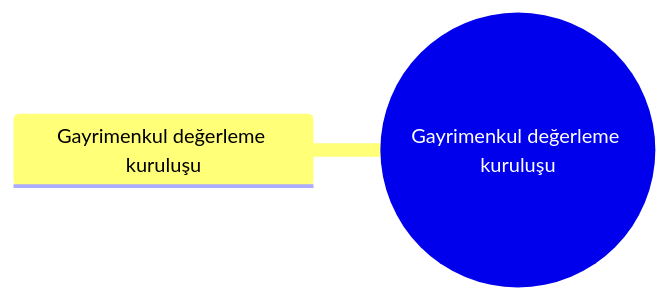
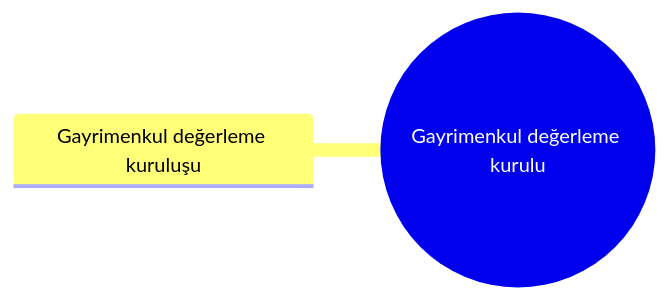
One commit to sametkarabulut-dev/xfuturepos-v2 changed the diagram in 02 İşletmeler/09 Emlak & Gayrimenkul/Gayrimenkul değerleme kuruluşu/Dal – Gayrimenkul değerleme kuruluşu.md. Above: the diagram before and after it, drawn with Mermaid. The commit also changed other lines of this file and 241 other files, not shown here.

````diff
--- a/02 İşletmeler/09 Emlak & Gayrimenkul/Gayrimenkul değerleme kuruluşu/Dal – Gayrimenkul değerleme kuruluşu.md
+++ b/02 İşletmeler/09 Emlak & Gayrimenkul/Gayrimenkul değerleme kuruluşu/Dal – Gayrimenkul değerleme kuruluşu.md
@@ -22,5 +22,5 @@
 ```mermaid
 mindmap
-  root((Gayrimenkul değerleme kuruluşu))
+  root((Gayrimenkul değerleme kurulu))
     Gayrimenkul değerleme kuruluşu
 ```
````
